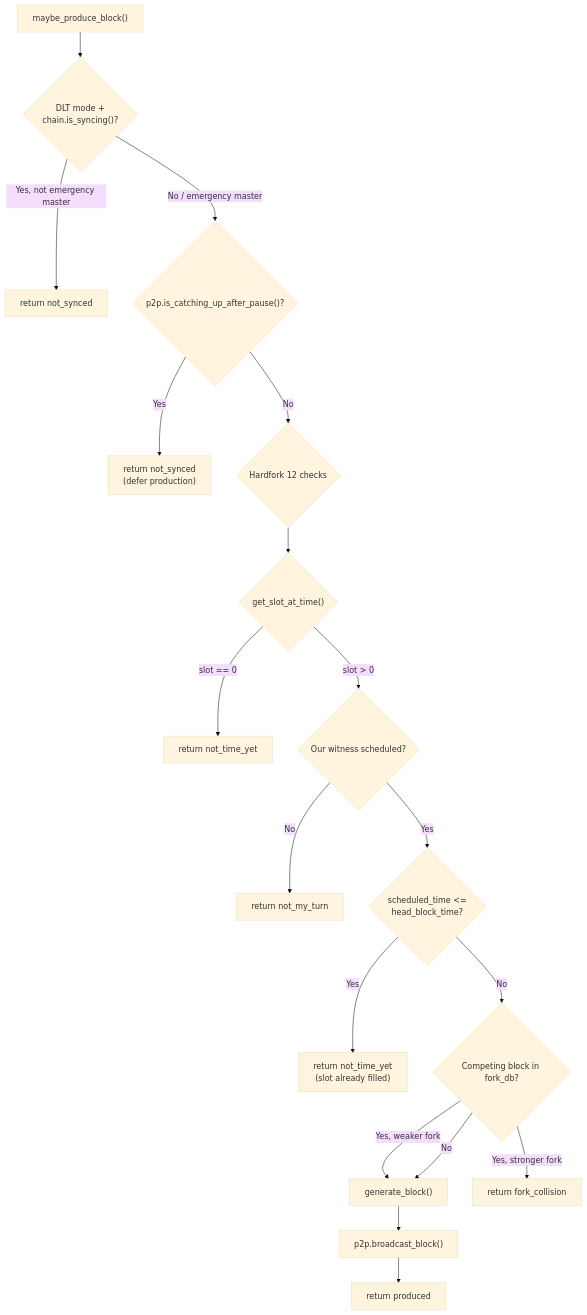
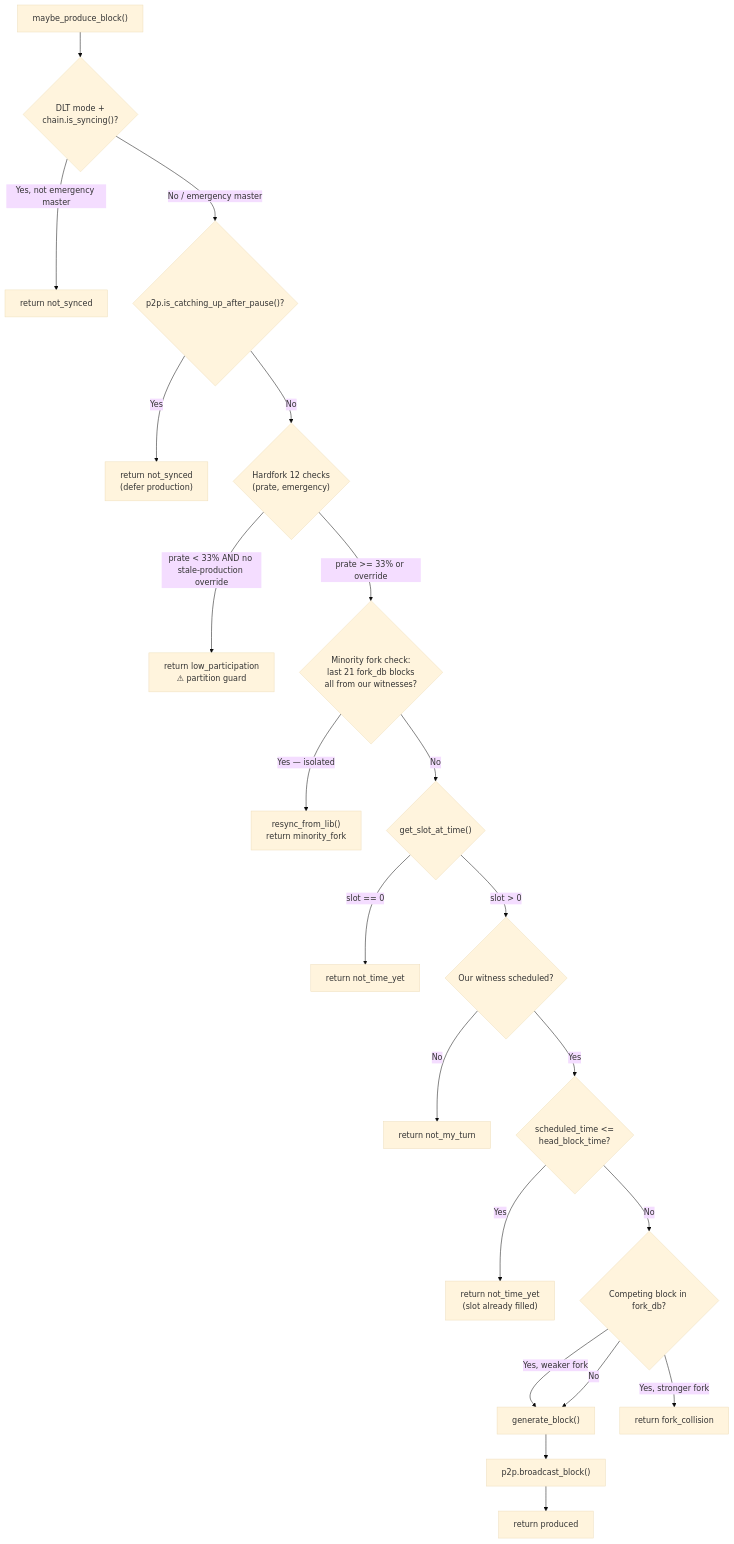
One commit to VIZ-Blockchain/viz-cpp-node changed the third of 4 diagrams in .qoder/docs/snapshot-pause-workflow.md. Above: the diagram before and after it, drawn with Mermaid (base theme). The commit also changed other lines of this file and 1 other file, not shown here.

First line of the commit message:
docs(witness): update partition guard logic in snapshot-pause workflow

````diff
--- a/.qoder/docs/snapshot-pause-workflow.md
+++ b/.qoder/docs/snapshot-pause-workflow.md
@@ -79,20 +79,23 @@
 ```mermaid
 flowchart TD
     Start["maybe_produce_block()"] --> Sync{"DLT mode +<br/>chain.is_syncing()?"}
     Sync -->|Yes, not emergency master| Ret1["return not_synced"]
     Sync -->|No / emergency master| Gate{"p2p.is_catching_up_after_pause()?"}
     Gate -->|Yes| Ret2["return not_synced<br/>(defer production)"]
-    Gate -->|No| HF12{"Hardfork 12 checks"}
-    HF12 --> Slot{"get_slot_at_time()"}
+    Gate -->|No| HF12{"Hardfork 12 checks<br/>(prate, emergency)"}
+    HF12 -->|prate < 33% AND no stale-production override| RetLP["return low_participation<br/>⚠ partition guard"]
+    HF12 -->|prate >= 33% or override| MinFork{"Minority fork check:<br/>last 21 fork_db blocks<br/>all from our witnesses?"}
+    MinFork -->|Yes — isolated| RetMF["resync_from_lib()<br/>return minority_fork"]
+    MinFork -->|No| Slot{"get_slot_at_time()"}
     Slot -->|slot == 0| Ret3["return not_time_yet"]
     Slot -->|slot > 0| Witness{"Our witness scheduled?"}
     Witness -->|No| Ret4["return not_my_turn"]
     Witness -->|Yes| Stale{"scheduled_time <=<br/>head_block_time?"}
     Stale -->|Yes| Ret5["return not_time_yet<br/>(slot already filled)"]
     Stale -->|No| Fork{"Competing block in fork_db?"}
     Fork -->|Yes, weaker fork| Produce
     Fork -->|Yes, stronger fork| Ret6["return fork_collision"]
     Fork -->|No| Produce["generate_block()"]
     Produce --> Broadcast["p2p.broadcast_block()"]
     Broadcast --> Done["return produced"]
 ```
````
